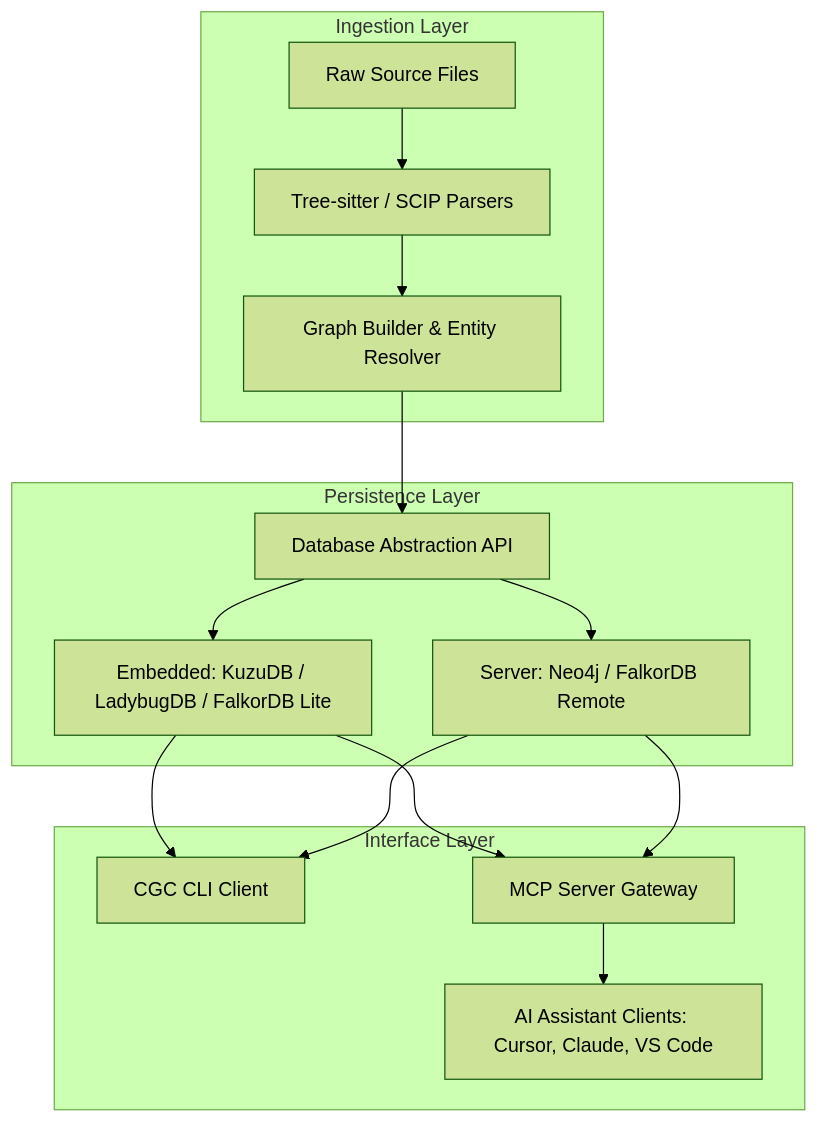
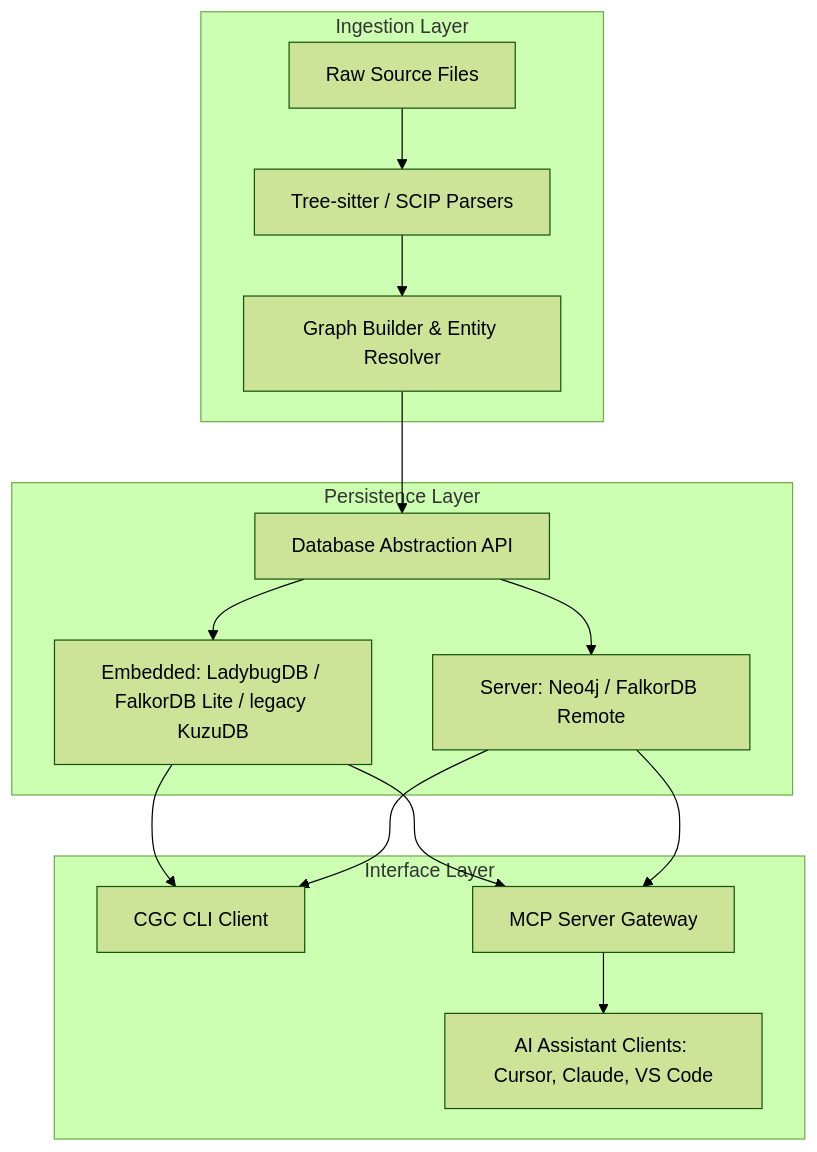
Before and after one commit to CodeGraphContext/CodeGraphContext: the first of 3 diagrams in docs/docs/concepts/architecture.md, drawn with Mermaid (forest theme). The commit also changed other lines of this file and 15 other files, not shown here.

````diff
--- a/docs/docs/concepts/architecture.md
+++ b/docs/docs/concepts/architecture.md
@@ -11,21 +11,21 @@
 ```mermaid
 graph TD
     subgraph Ingestion Layer
         src[Raw Source Files] --> parsers[Tree-sitter / SCIP Parsers]
         parsers --> builder[Graph Builder & Entity Resolver]
     end
 
     subgraph Persistence Layer
         builder --> db_api[Database Abstraction API]
-        db_api --> embedded[Embedded: KuzuDB / LadybugDB / FalkorDB Lite]
+        db_api --> embedded[Embedded: LadybugDB / FalkorDB Lite / legacy KuzuDB]
         db_api --> server[Server: Neo4j / FalkorDB Remote]
     end
 
     subgraph Interface Layer
         embedded --> cli[CGC CLI Client]
         server --> cli
         embedded --> mcp[MCP Server Gateway]
         server --> mcp
         mcp --> agents[AI Assistant Clients: Cursor, Claude, VS Code]
     end
 ```
````
